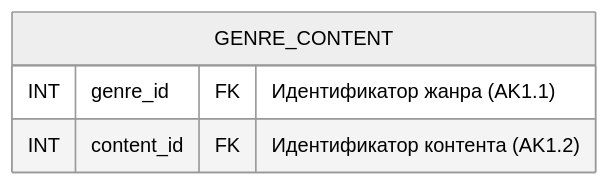
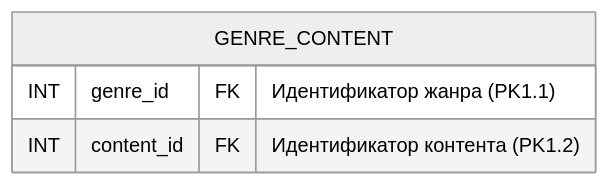
Before and after one commit to go-park-mail-ru/2024_1_Cyberkotletki: diagram 18 of 21 in db/normalized/relations.md, drawn with Mermaid (neutral theme). The commit also changed other lines of this file and 2 other files, not shown here.

````diff
--- a/db/normalized/relations.md
+++ b/db/normalized/relations.md
@@ -463,7 +463,7 @@
 ```mermaid
 erDiagram
     GENRE_CONTENT {
-        INT genre_id FK "Идентификатор жанра (AK1.1)"
-        INT content_id FK "Идентификатор контента (AK1.2)"
+        INT genre_id FK "Идентификатор жанра (PK1.1)"
+        INT content_id FK "Идентификатор контента (PK1.2)"
     }
 ```
````
